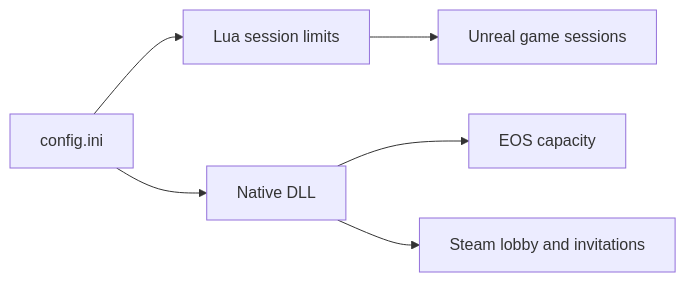
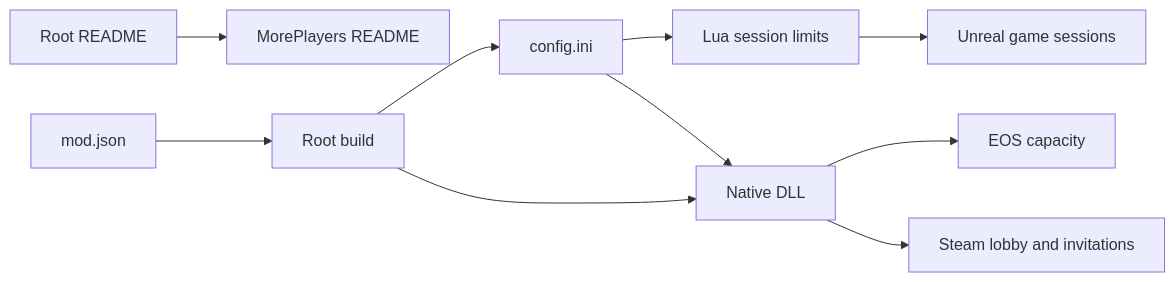
The diagram in lode/summary.md (TheAngryByrd/Wayfinder-Mods), drawn with Mermaid before and after one commit. The commit also changed other lines of this file and 35 other files, not shown here.

First line of the commit message:
Expand MorePlayers and add multi-mod build tooling

````diff
--- a/lode/summary.md
+++ b/lode/summary.md
@@ -8,8 +8,12 @@
 ```mermaid
 flowchart LR
-    Config[config.ini] --> Lua[Lua session limits]
+    Catalog[Root README] --> ModReadme[MorePlayers README]
+    Manifest[mod.json] --> Build[Root build]
+    Build --> Config[config.ini]
+    Build --> Native[Native DLL]
+    Config --> Lua[Lua session limits]
     Config --> Native[Native DLL]
     Native --> EOS[EOS capacity]
     Native --> Steam[Steam lobby and invitations]
     Lua --> Unreal[Unreal game sessions]
 ```
````
